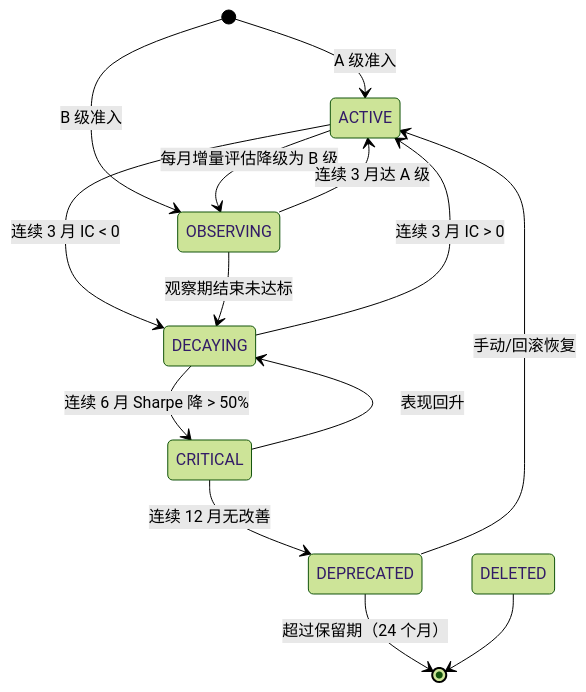
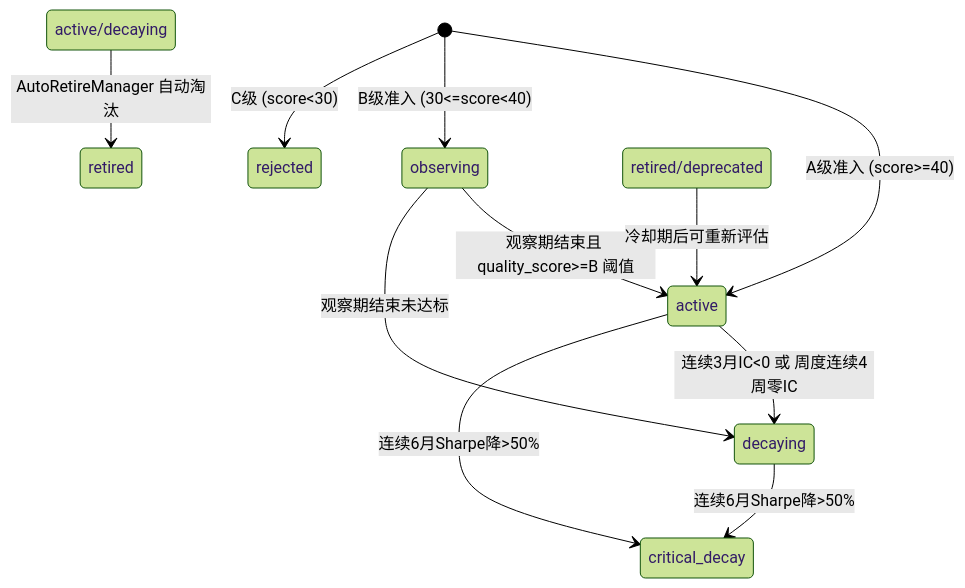
One commit to CTAAgents/factor_system changed the first of 3 diagrams in docs/harness/design/A.2-factor-decay-tracking-design.md. Above: the diagram before and after it, drawn with Mermaid (forest theme). The commit also changed other lines of this file and 8 other files, not shown here.

````diff
--- a/docs/harness/design/A.2-factor-decay-tracking-design.md
+++ b/docs/harness/design/A.2-factor-decay-tracking-design.md
@@ -42,22 +47,16 @@
 ```mermaid
 stateDiagram-v2
-    [*] --> ACTIVE: A 级准入
-    [*] --> OBSERVING: B 级准入
+    [*] --> active: A级准入 (score>=40)
+    [*] --> observing: B级准入 (30<=score<40)
+    [*] --> rejected: C级 (score<30)
     
-    ACTIVE --> OBSERVING: 每月增量评估降级为 B 级
-    ACTIVE --> DECAYING: 连续 3 月 IC < 0
+    observing --> active: 观察期结束且 quality_score>=B 阈值
+    observing --> decaying: 观察期结束未达标
     
-    OBSERVING --> ACTIVE: 连续 3 月达 A 级
-    OBSERVING --> DECAYING: 观察期结束未达标
+    active --> decaying: 连续3月IC<0 或 周度连续4周零IC
+    active --> critical_decay: 连续6月Sharpe降>50%
+    decaying --> critical_decay: 连续6月Sharpe降>50%
     
-    DECAYING --> ACTIVE: 连续 3 月 IC > 0
-    DECAYING --> CRITICAL: 连续 6 月 Sharpe 降 > 50%
-    
-    CRITICAL --> DECAYING: 表现回升
-    CRITICAL --> DEPRECATED: 连续 12 月无改善
-    
-    DEPRECATED --> ACTIVE: 手动/回滚恢复
-    DEPRECATED --> [*]: 超过保留期（24 个月）
-    
-    DELETED --> [*]
+    active/decaying --> retired: AutoRetireManager 自动淘汰
+    retired/deprecated --> active: 冷却期后可重新评估
 ```
````
